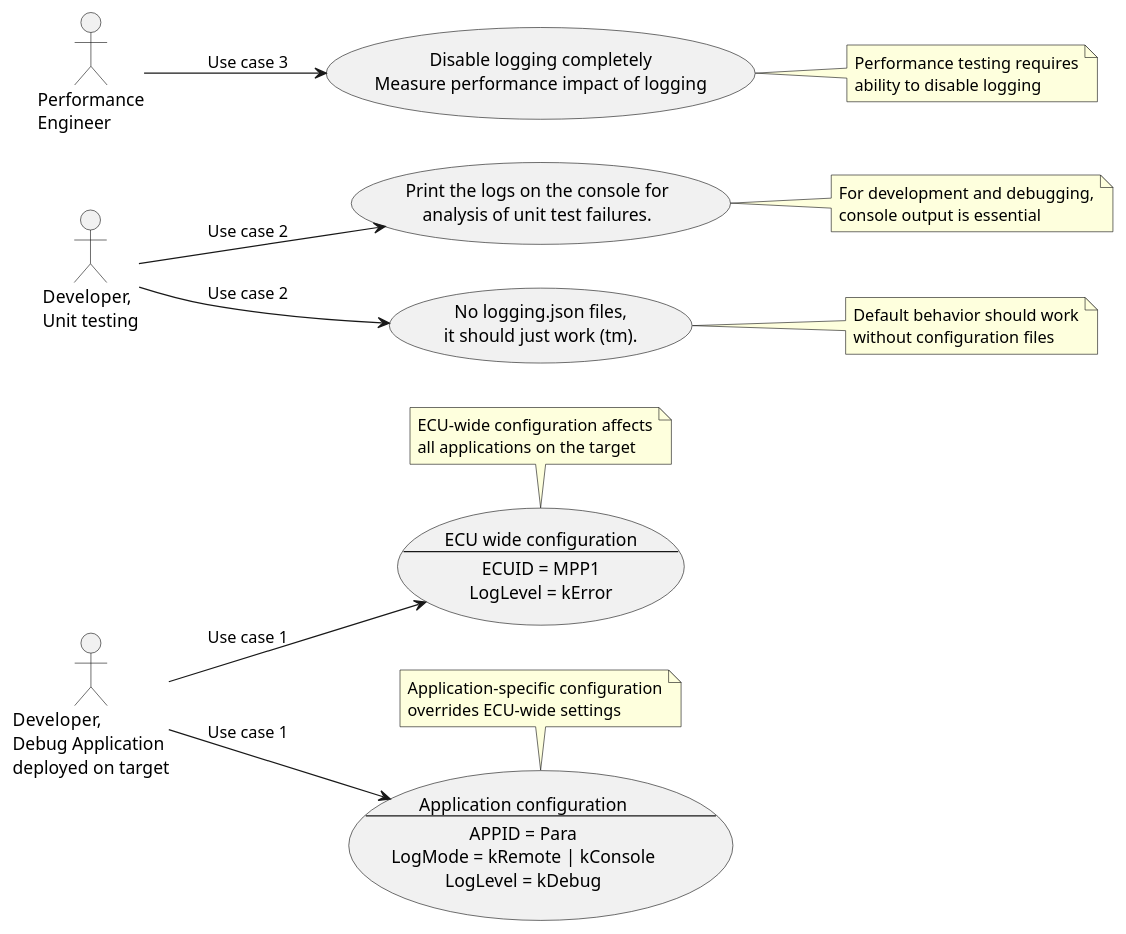
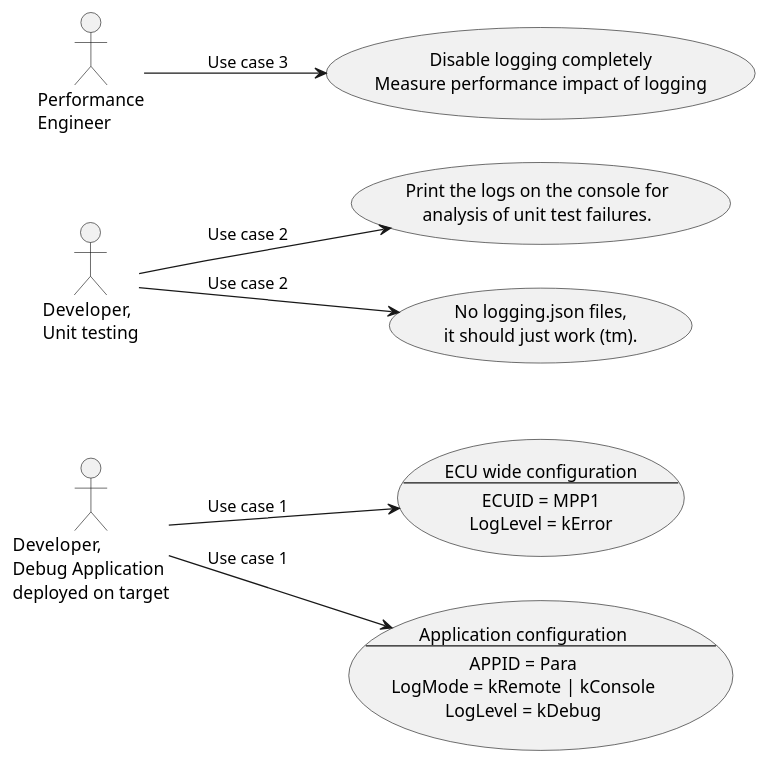
Before and after one commit to eclipse-score/inc_mw_log: the diagram in design/configuration_use_cases.puml, drawn with PlantUML. The commit also changed 3 other files, not shown here.

Commit message:
More diagrams

```diff
--- a/design/configuration_use_cases.puml
+++ b/design/configuration_use_cases.puml
@@ -1,50 +1,25 @@
 @startuml configuration_use_cases
 
 left to right direction
 
 actor "Developer,\nDebug Application\ndeployed on target" as Dev1
 actor "Developer,\nUnit testing" as Dev2  
 actor "Performance\nEngineer" as PerfEng
 
 usecase "ECU wide configuration\n--\nECUID = MPP1\nLogLevel = kError" as UC1_ECU
 usecase "Application configuration\n--\nAPPID = Para\nLogMode = kRemote | kConsole\nLogLevel = kDebug" as UC1_App
 
 usecase "Print the logs on the console for\nanalysis of unit test failures." as UC2_Console
 usecase "No logging.json files,\nit should just work (tm)." as UC2_Default
 
 usecase "Disable logging completely\nMeasure performance impact of logging" as UC3_Performance
 
 Dev1 --> UC1_ECU : "Use case 1"
 Dev1 --> UC1_App : "Use case 1"
 
 Dev2 --> UC2_Console : "Use case 2"
 Dev2 --> UC2_Default : "Use case 2"
 
 PerfEng --> UC3_Performance : "Use case 3"
 
-note top of UC1_ECU
-  ECU-wide configuration affects
-  all applications on the target
-end note
-
-note top of UC1_App
-  Application-specific configuration
-  overrides ECU-wide settings
-end note
-
-note right of UC2_Console
-  For development and debugging,
-  console output is essential
-end note
-
-note right of UC2_Default
-  Default behavior should work
-  without configuration files
-end note
-
-note right of UC3_Performance
-  Performance testing requires
-  ability to disable logging
-end note
-
 @enduml
```
